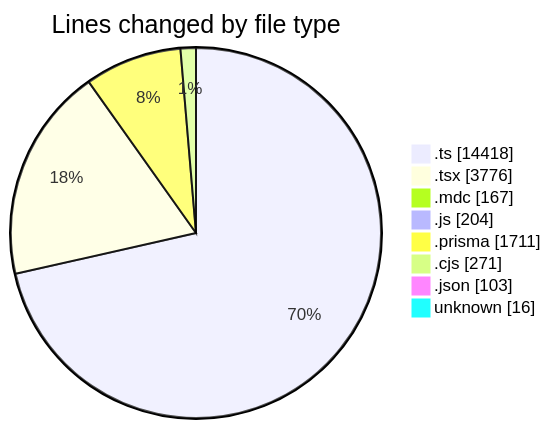
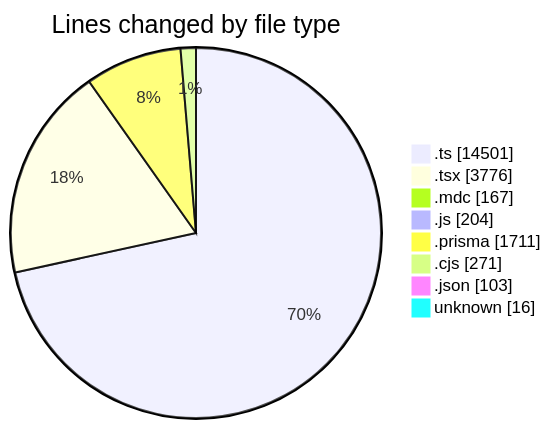
The first of 2 diagrams in 2025-06-06/ecodeli-1/README.md (CELIANVF/code-tracking), drawn with Mermaid before and after one commit. The commit also changed other lines of this file and 1 other file, not shown here.

````diff
--- a/2025-06-06/ecodeli-1/README.md
+++ b/2025-06-06/ecodeli-1/README.md
@@ -82,12 +83,12 @@
 ```mermaid
 pie showData
 title Lines changed by file type
-".ts" : 14418
+".ts" : 14501
 ".tsx" : 3776
 ".mdc" : 167
 ".js" : 204
 ".prisma" : 1711
 ".cjs" : 271
 ".json" : 103
 "unknown" : 16
 ```
````
